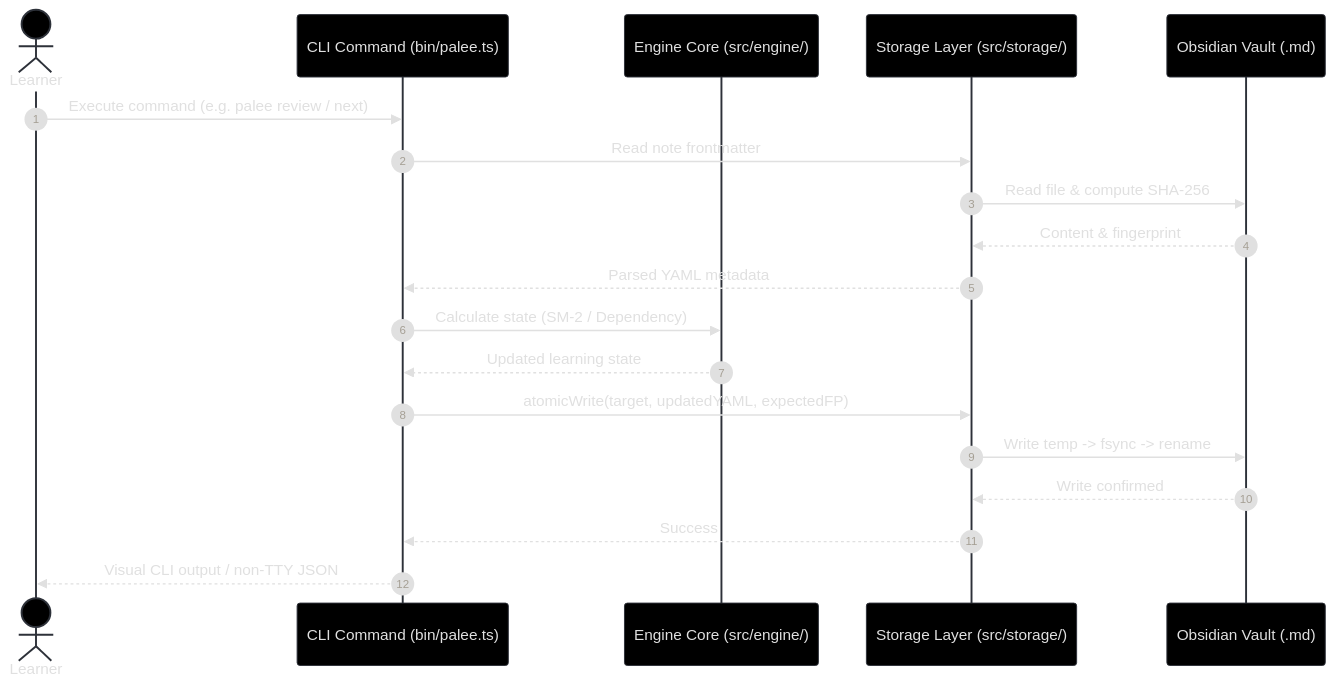
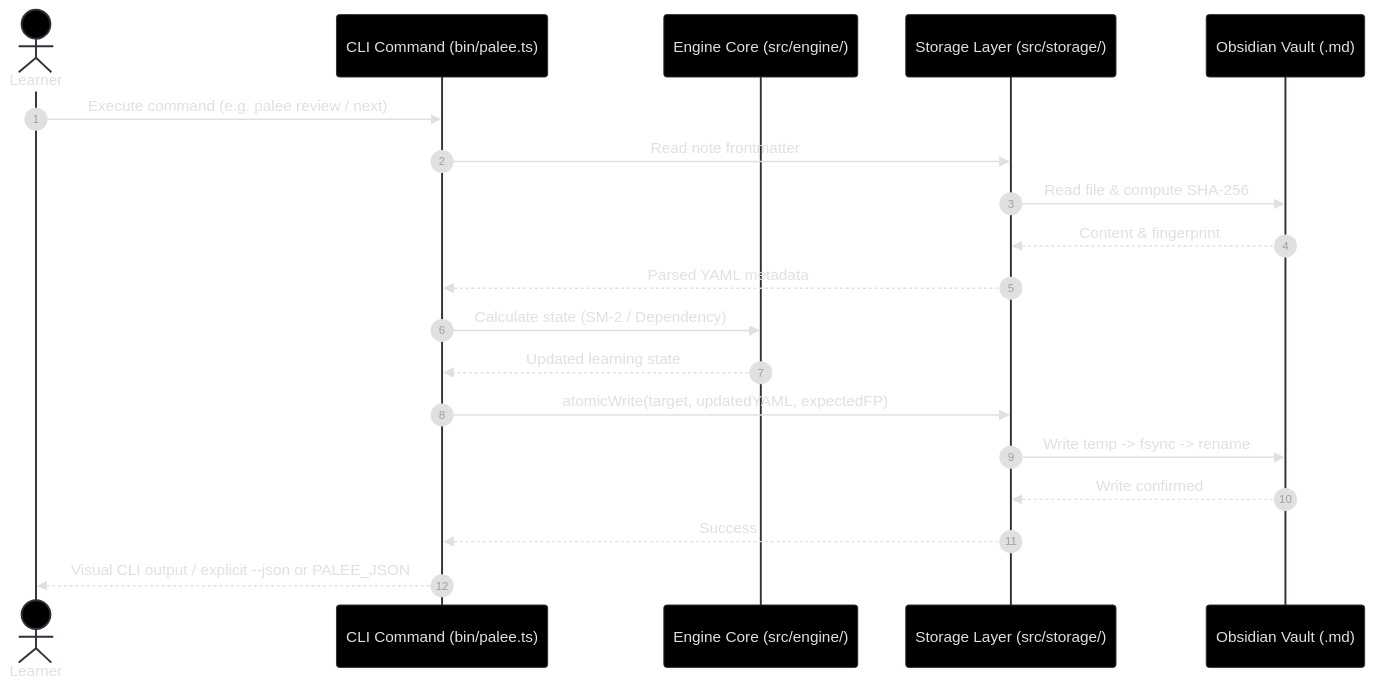
The second of 2 diagrams in docs/01-0-overview.md (Kuldeep2822k/cli), drawn with Mermaid before and after one commit. The commit also changed 3 other files, not shown here.

First line of the commit message:
fix(cli): gate JSON output on --json flag or PALEE_JSON, not TTY detection (#357, #385)

````diff
--- a/docs/01-0-overview.md
+++ b/docs/01-0-overview.md
@@ -146,39 +146,39 @@
 ```mermaid
 %%{init: {
   'theme': 'base',
   'themeVariables': {
     'background': '#000000',
     'primaryColor': '#000000',
     'primaryTextColor': '#e0e0e0',
     'primaryBorderColor': '#2d3139',
     'lineColor': '#5a606b',
     'secondaryColor': '#000000',
     'tertiaryColor': '#000000',
     'clusterBkg': '#0a0b0d',
     'clusterBorder': '#1e2128',
     'titleColor': '#8b949e',
     'edgeLabelBackground': '#000000',
     'fontFamily': 'Inter, system-ui, sans-serif'
   }
 }}%%
 sequenceDiagram
     autonumber
     actor User as Learner
     participant CLI as CLI Command (bin/palee.ts)
     participant Engine as Engine Core (src/engine/)
     participant Storage as Storage Layer (src/storage/)
     participant Vault as Obsidian Vault (.md)
 
     User->>CLI: Execute command (e.g. palee review / next)
     CLI->>Storage: Read note frontmatter
     Storage->>Vault: Read file & compute SHA-256
     Vault-->>Storage: Content & fingerprint
     Storage-->>CLI: Parsed YAML metadata
     CLI->>Engine: Calculate state (SM-2 / Dependency)
     Engine-->>CLI: Updated learning state
     CLI->>Storage: atomicWrite(target, updatedYAML, expectedFP)
     Storage->>Vault: Write temp -> fsync -> rename
     Vault-->>Storage: Write confirmed
     Storage-->>CLI: Success
-    CLI-->>User: Visual CLI output / non-TTY JSON
+    CLI-->>User: Visual CLI output / explicit --json or PALEE_JSON
 ```
````
